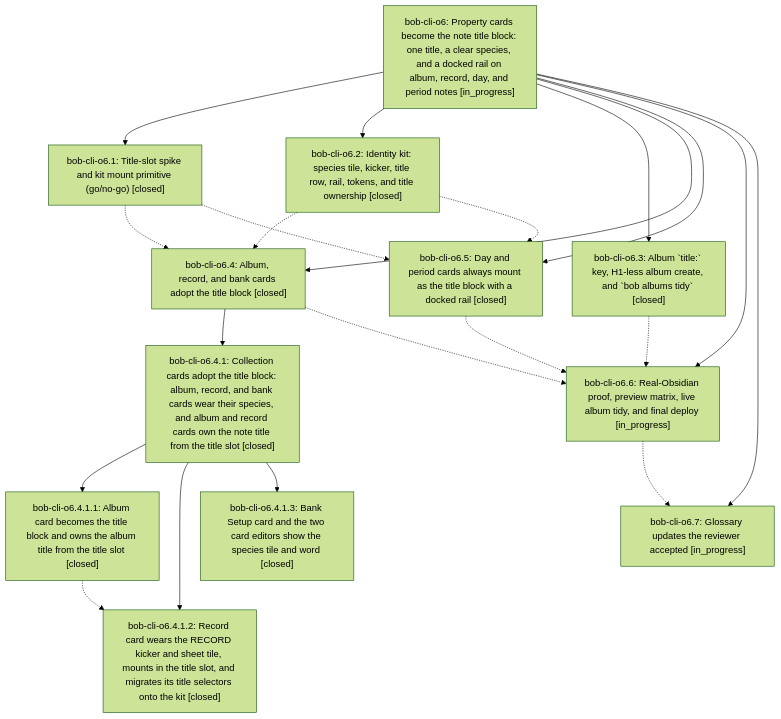
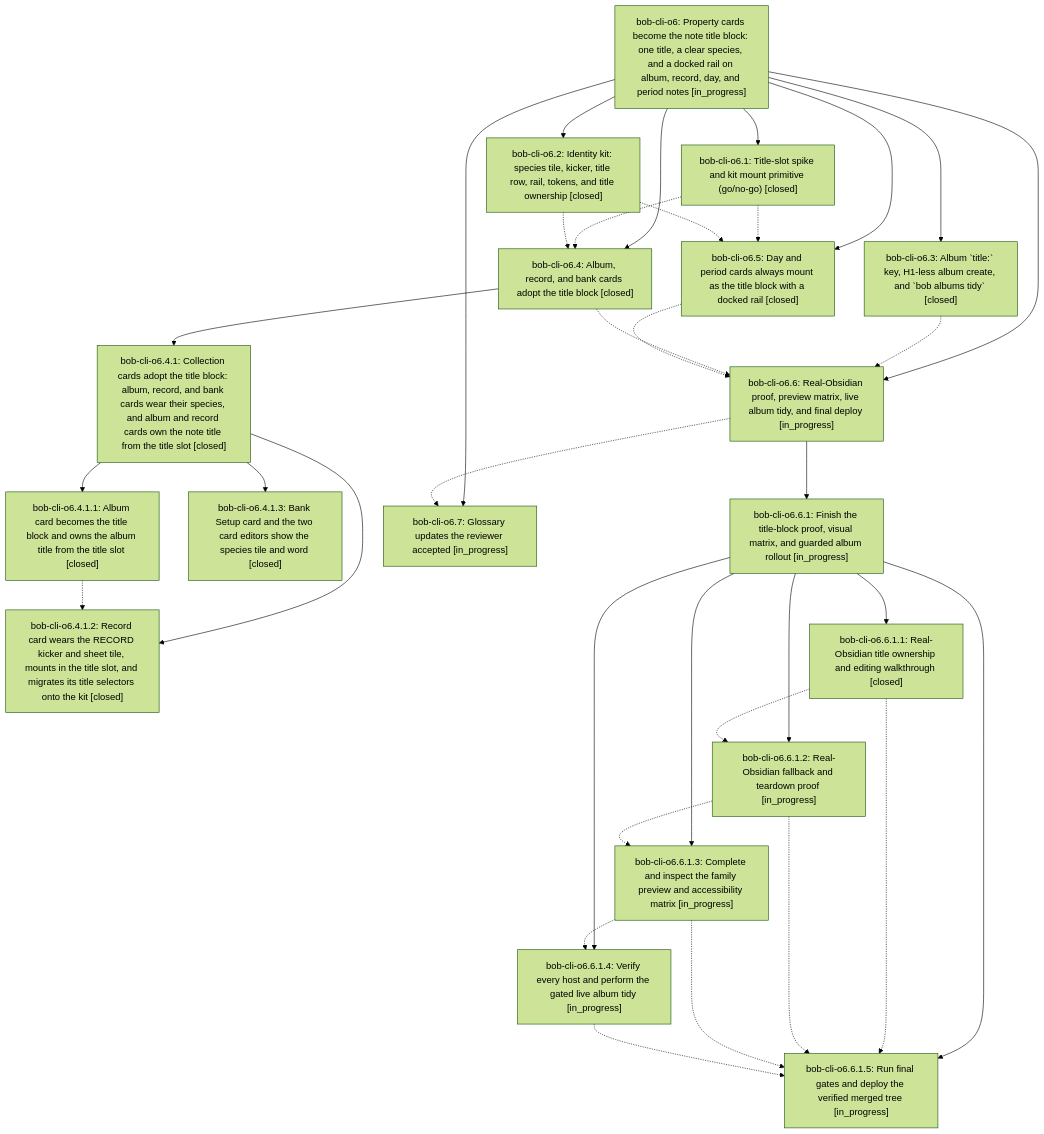
One commit to bobs-org/bob-cli--beads changed the diagram in pages/bob-cli-o6/README.md. Above: the diagram before and after it, drawn with Mermaid (forest theme). The commit also changed other lines of this file and 12 other files, not shown here.

First line of the commit message:
chore(beads): sync bead state and pages for bob-cli-o6

````diff
--- a/pages/bob-cli-o6/README.md
+++ b/pages/bob-cli-o6/README.md
@@ -50,35 +50,54 @@
 ```mermaid
 flowchart TD
     n0["bob-cli-o6: Property cards become the note title block: one title, a clear species, and a docked rail on album, record, day, and period notes [in_progress]"]
     n1["bob-cli-o6.1: Title-slot spike and kit mount primitive (go/no-go) [closed]"]
     n2["bob-cli-o6.2: Identity kit: species tile, kicker, title row, rail, tokens, and title ownership [closed]"]
     n3["bob-cli-o6.3: Album `title:` key, H1-less album create, and `bob albums tidy` [closed]"]
     n4["bob-cli-o6.4: Album, record, and bank cards adopt the title block [closed]"]
     n5["bob-cli-o6.4.1: Collection cards adopt the title block: album, record, and bank cards wear their species, and album and record cards own the note title from the title slot [closed]"]
     n6["bob-cli-o6.4.1.1: Album card becomes the title block and owns the album title from the title slot [closed]"]
     n7["bob-cli-o6.4.1.2: Record card wears the RECORD kicker and sheet tile, mounts in the title slot, and migrates its title selectors onto the kit [closed]"]
     n8["bob-cli-o6.4.1.3: Bank Setup card and the two card editors show the species tile and word [closed]"]
     n9["bob-cli-o6.5: Day and period cards always mount as the title block with a docked rail [closed]"]
     n10["bob-cli-o6.6: Real-Obsidian proof, preview matrix, live album tidy, and final deploy [in_progress]"]
-    n11["bob-cli-o6.7: Glossary updates the reviewer accepted [in_progress]"]
+    n11["bob-cli-o6.6.1: Finish the title-block proof, visual matrix, and guarded album rollout [in_progress]"]
+    n12["bob-cli-o6.6.1.1: Real-Obsidian title ownership and editing walkthrough [closed]"]
+    n13["bob-cli-o6.6.1.2: Real-Obsidian fallback and teardown proof [in_progress]"]
+    n14["bob-cli-o6.6.1.3: Complete and inspect the family preview and accessibility matrix [in_progress]"]
+    n15["bob-cli-o6.6.1.4: Verify every host and perform the gated live album tidy [in_progress]"]
+    n16["bob-cli-o6.6.1.5: Run final gates and deploy the verified merged tree [in_progress]"]
+    n17["bob-cli-o6.7: Glossary updates the reviewer accepted [in_progress]"]
     n0 --> n1
     n0 --> n2
     n0 --> n3
     n0 --> n4
     n4 --> n5
     n5 --> n6
     n5 --> n7
     n5 --> n8
     n0 --> n9
     n0 --> n10
-    n0 --> n11
+    n10 --> n11
+    n11 --> n12
+    n11 --> n13
+    n11 --> n14
+    n11 --> n15
+    n11 --> n16
+    n0 --> n17
     n1 -.-> n4
     n1 -.-> n9
     n2 -.-> n4
     n2 -.-> n9
     n3 -.-> n10
     n4 -.-> n10
     n6 -.-> n7
     n9 -.-> n10
-    n10 -.-> n11
+    n10 -.-> n17
+    n12 -.-> n13
+    n12 -.-> n16
+    n13 -.-> n14
+    n13 -.-> n16
+    n14 -.-> n15
+    n14 -.-> n16
+    n15 -.-> n16
 ```
````
